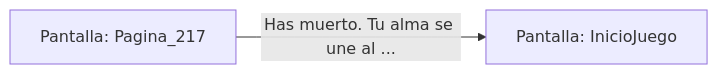
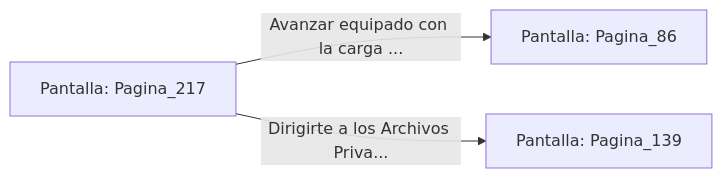
One commit to metsuke/mpl changed the diagram in sample/eligejuego-vault/Pantalla_Pagina_217.md. Above: the diagram before and after it, drawn with Mermaid. The commit also changed other lines of this file and 635 other files, not shown here.

First line of the commit message:
fix: añadir Pagina_1 como pantalla inicial en capitulo_01.mpl

````diff
--- a/sample/eligejuego-vault/Pantalla_Pagina_217.md
+++ b/sample/eligejuego-vault/Pantalla_Pagina_217.md
@@ -17,5 +24,6 @@
 ```mermaid
 graph LR
     P_Pagina_217["Pantalla: Pagina_217"]
-    P_Pagina_217 -->|"Has muerto. Tu alma se une al ..."| P_InicioJuego["Pantalla: InicioJuego"]
+    P_Pagina_217 -->|"Avanzar equipado con la carga ..."| P_Pagina_86["Pantalla: Pagina_86"]
+    P_Pagina_217 -->|"Dirigirte a los Archivos Priva..."| P_Pagina_139["Pantalla: Pagina_139"]
 ```
````
